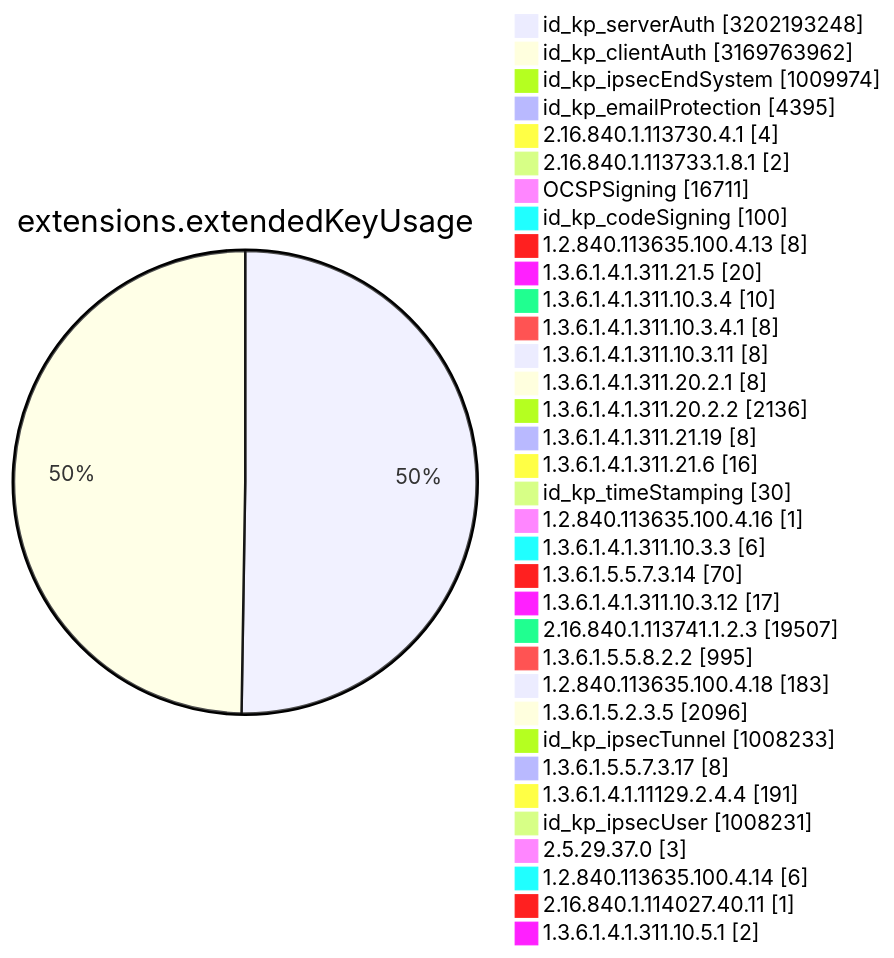
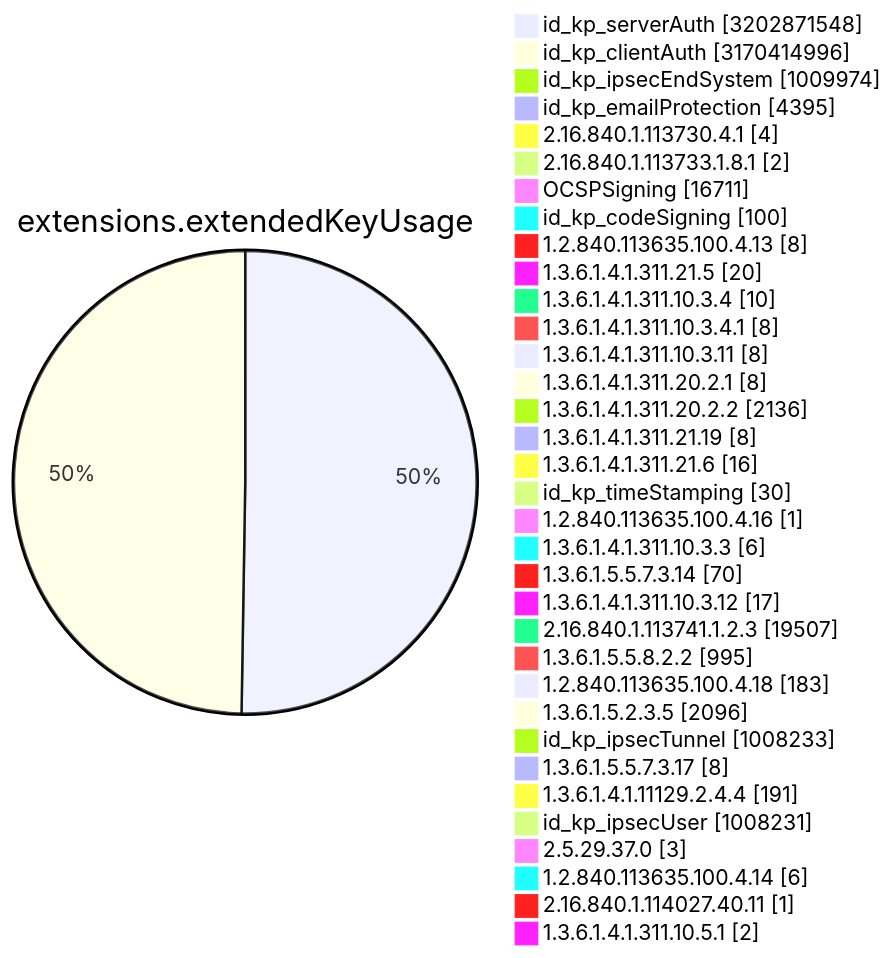
One commit to christiankrug/ctmonitor_visualization changed diagram 11 of 15 in TOTAL/README.md. Above: the diagram before and after it, drawn with Mermaid. The commit also changed other lines of this file, not shown here.

````diff
--- a/TOTAL/README.md
+++ b/TOTAL/README.md
@@ -4119,38 +4119,38 @@
 ```mermaid
 pie showData
 title extensions.extendedKeyUsage
-"id_kp_serverAuth" :3202193248
-"id_kp_clientAuth" :3169763962
+"id_kp_serverAuth" :3202871548
+"id_kp_clientAuth" :3170414996
 "id_kp_ipsecEndSystem" :1009974
 "id_kp_emailProtection" :4395
 "2.16.840.1.113730.4.1" :4
 "2.16.840.1.113733.1.8.1" :2
 "OCSPSigning" :16711
 "id_kp_codeSigning" :100
 "1.2.840.113635.100.4.13" :8
 "1.3.6.1.4.1.311.21.5" :20
 "1.3.6.1.4.1.311.10.3.4" :10
 "1.3.6.1.4.1.311.10.3.4.1" :8
 "1.3.6.1.4.1.311.10.3.11" :8
 "1.3.6.1.4.1.311.20.2.1" :8
 "1.3.6.1.4.1.311.20.2.2" :2136
 "1.3.6.1.4.1.311.21.19" :8
 "1.3.6.1.4.1.311.21.6" :16
 "id_kp_timeStamping" :30
 "1.2.840.113635.100.4.16" :1
 "1.3.6.1.4.1.311.10.3.3" :6
 "1.3.6.1.5.5.7.3.14" :70
 "1.3.6.1.4.1.311.10.3.12" :17
 "2.16.840.1.113741.1.2.3" :19507
 "1.3.6.1.5.5.8.2.2" :995
 "1.2.840.113635.100.4.18" :183
 "1.3.6.1.5.2.3.5" :2096
 "id_kp_ipsecTunnel" :1008233
 "1.3.6.1.5.5.7.3.17" :8
 "1.3.6.1.4.1.11129.2.4.4" :191
 "id_kp_ipsecUser" :1008231
 "2.5.29.37.0" :3
 "1.2.840.113635.100.4.14" :6
 "2.16.840.1.114027.40.11" :1
 "1.3.6.1.4.1.311.10.5.1" :2
 ```
````
